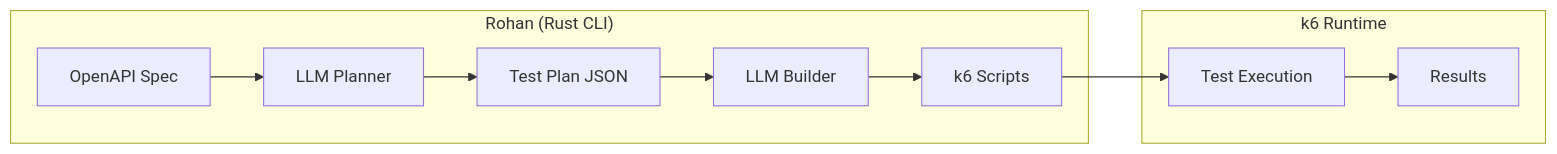
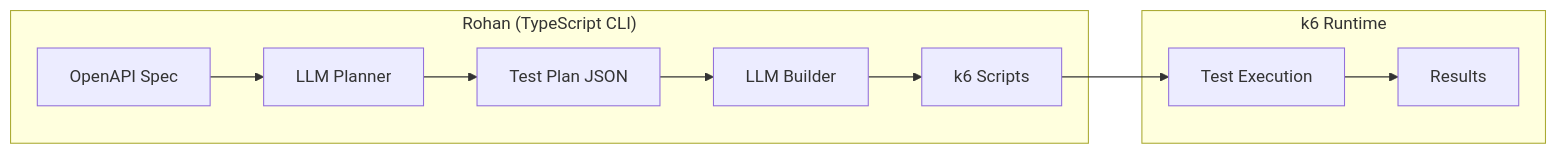
The diagram in README.md (mood-agency/relay), drawn with Mermaid before and after one commit. The commit also changed other lines of this file and 26 other files, not shown here.

````diff
--- a/README.md
+++ b/README.md
@@ -298,13 +423,13 @@
 ```mermaid
 flowchart LR
-    subgraph Rohan["Rohan (Rust CLI)"]
+    subgraph Rohan["Rohan (TypeScript CLI)"]
         A["OpenAPI Spec"] --> B["LLM Planner"]
         B --> C["Test Plan JSON"]
         C --> D["LLM Builder"]
         D --> E["k6 Scripts"]
     end
     subgraph K6["k6 Runtime"]
         E --> F["Test Execution"]
         F --> G["Results"]
     end
 ```
````
